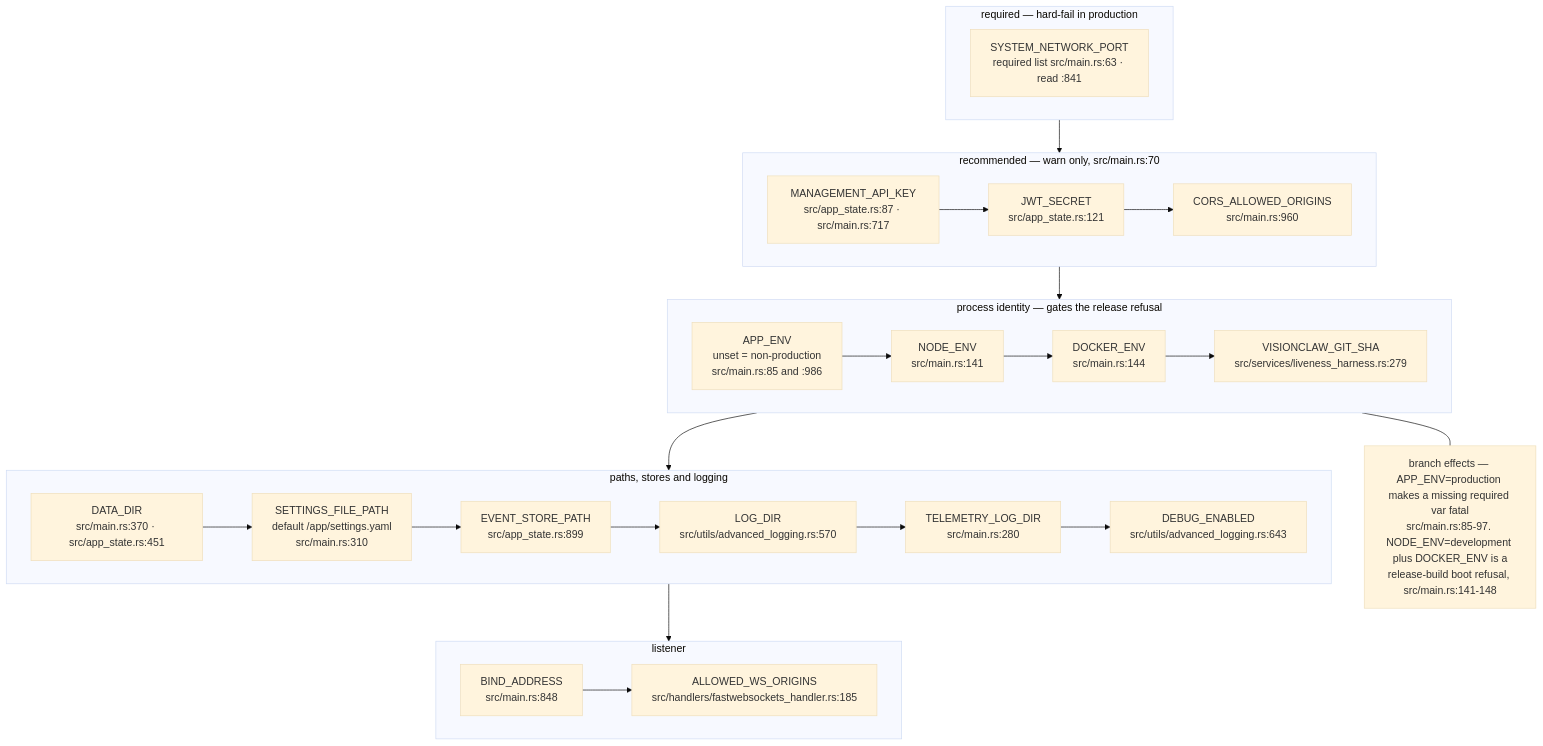
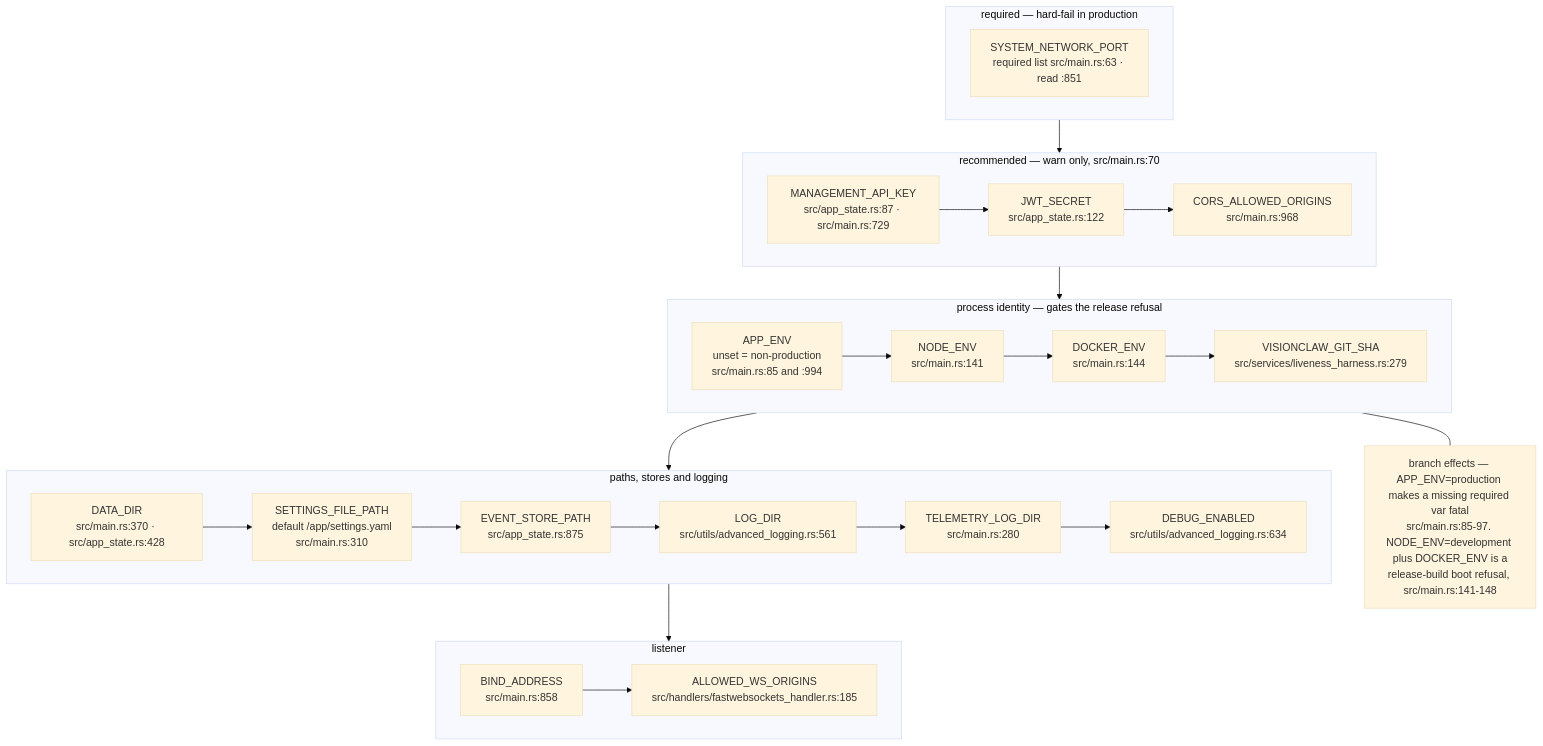
The eighth of 15 diagrams in docs/diagrams/visionclaw/09-config-and-env-flags.md (DreamLab-AI/VisionFlow), drawn with Mermaid (base theme) before and after one commit. The commit also changed other lines of this file and 8 other files, not shown here.

Commit message:
docs(diagrams): multi-MCP discovery is real; re-stamp visionclaw 01/03/05/09/27 and estate/02

````diff
--- a/docs/diagrams/visionclaw/09-config-and-env-flags.md
+++ b/docs/diagrams/visionclaw/09-config-and-env-flags.md
@@ -385,21 +385,21 @@
 ```mermaid
 flowchart TB
     subgraph REQ["required — hard-fail in production"]
-        E1["SYSTEM_NETWORK_PORT<br/>required list src/main.rs:63 · read :841"]
+        E1["SYSTEM_NETWORK_PORT<br/>required list src/main.rs:63 · read :851"]
     end
     subgraph RECO["recommended — warn only, src/main.rs:70"]
-        E2["MANAGEMENT_API_KEY<br/>src/app_state.rs:87 · src/main.rs:717"] --> E3["JWT_SECRET<br/>src/app_state.rs:121"] --> E4["CORS_ALLOWED_ORIGINS<br/>src/main.rs:960"]
+        E2["MANAGEMENT_API_KEY<br/>src/app_state.rs:87 · src/main.rs:729"] --> E3["JWT_SECRET<br/>src/app_state.rs:122"] --> E4["CORS_ALLOWED_ORIGINS<br/>src/main.rs:968"]
     end
     subgraph IDENT["process identity — gates the release refusal"]
-        E5["APP_ENV<br/>unset = non-production<br/>src/main.rs:85 and :986"] --> E6["NODE_ENV<br/>src/main.rs:141"] --> E7["DOCKER_ENV<br/>src/main.rs:144"] --> E8["VISIONCLAW_GIT_SHA<br/>src/services/liveness_harness.rs:279"]
+        E5["APP_ENV<br/>unset = non-production<br/>src/main.rs:85 and :994"] --> E6["NODE_ENV<br/>src/main.rs:141"] --> E7["DOCKER_ENV<br/>src/main.rs:144"] --> E8["VISIONCLAW_GIT_SHA<br/>src/services/liveness_harness.rs:279"]
     end
     subgraph PATHS["paths, stores and logging"]
-        E9["DATA_DIR<br/>src/main.rs:370 · src/app_state.rs:451"] --> E10["SETTINGS_FILE_PATH<br/>default /app/settings.yaml<br/>src/main.rs:310"] --> E11["EVENT_STORE_PATH<br/>src/app_state.rs:899"] --> E12["LOG_DIR<br/>src/utils/advanced_logging.rs:570"] --> E13["TELEMETRY_LOG_DIR<br/>src/main.rs:280"] --> E14["DEBUG_ENABLED<br/>src/utils/advanced_logging.rs:643"]
+        E9["DATA_DIR<br/>src/main.rs:370 · src/app_state.rs:428"] --> E10["SETTINGS_FILE_PATH<br/>default /app/settings.yaml<br/>src/main.rs:310"] --> E11["EVENT_STORE_PATH<br/>src/app_state.rs:875"] --> E12["LOG_DIR<br/>src/utils/advanced_logging.rs:561"] --> E13["TELEMETRY_LOG_DIR<br/>src/main.rs:280"] --> E14["DEBUG_ENABLED<br/>src/utils/advanced_logging.rs:634"]
     end
     subgraph BIND["listener"]
-        E15["BIND_ADDRESS<br/>src/main.rs:848"] --> E16["ALLOWED_WS_ORIGINS<br/>src/handlers/fastwebsockets_handler.rs:185"]
+        E15["BIND_ADDRESS<br/>src/main.rs:858"] --> E16["ALLOWED_WS_ORIGINS<br/>src/handlers/fastwebsockets_handler.rs:185"]
     end
     REQ --> RECO --> IDENT --> PATHS --> BIND
     N["branch effects — APP_ENV=production makes a missing required var fatal<br/>src/main.rs:85-97. NODE_ENV=development plus DOCKER_ENV is a<br/>release-build boot refusal, src/main.rs:141-148"]
     IDENT --- N
 ```
````
